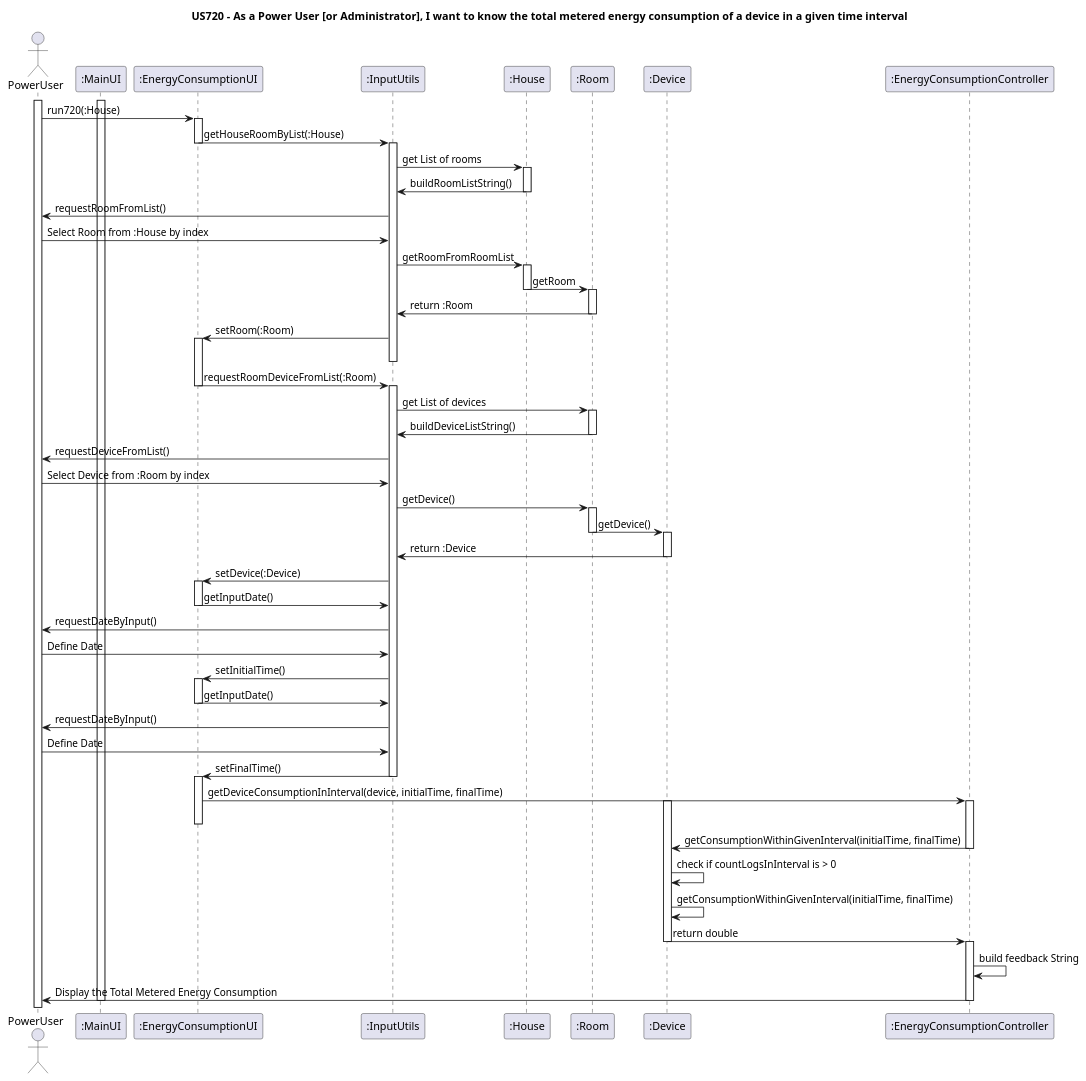
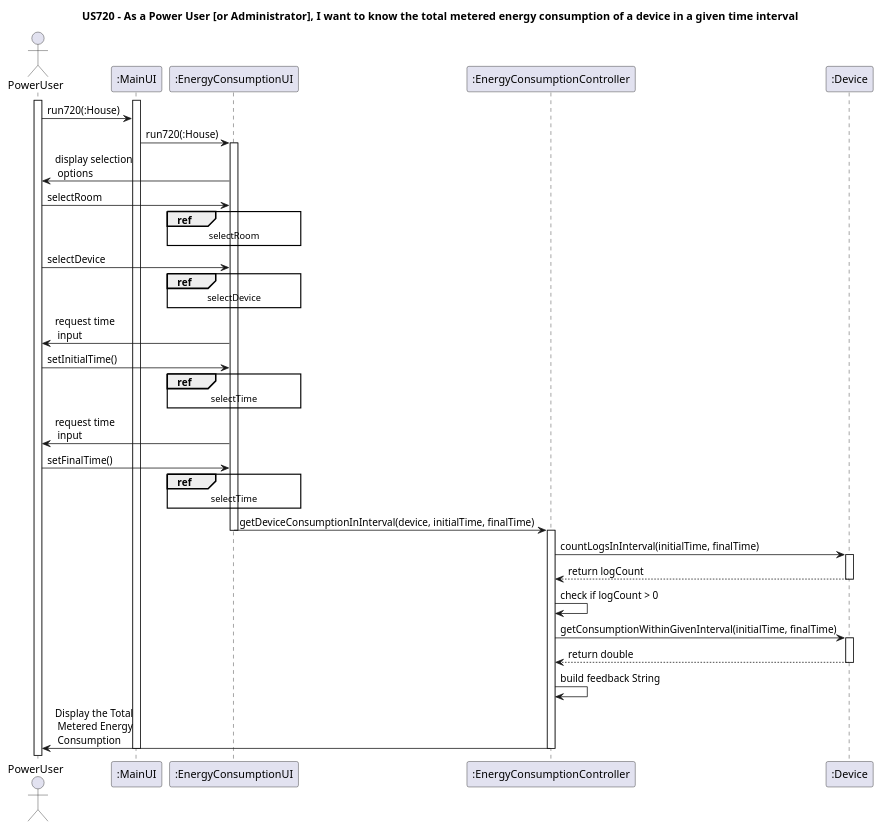
One commit to Almadanmp/project changed the diagram in uml/US720/US720.puml. Above: the diagram before and after it, drawn with PlantUML. The commit also changed 4 other files, not shown here.

Commit message:
REF #97 US720 UML done

```diff
--- a/uml/US720/US720.puml
+++ b/uml/US720/US720.puml
@@ -1,73 +1,45 @@
 @startuml
 title US720 - As a Power User [or Administrator], I want to know the total metered energy consumption of a device in a given time interval
 actor PowerUser
 activate PowerUser
 activate ":MainUI"
-PowerUser ->":EnergyConsumptionUI": run720(:House)
+PowerUser ->":MainUI": run720(:House)
+":MainUI" ->":EnergyConsumptionUI": run720(:House)
 activate ":EnergyConsumptionUI"
-":EnergyConsumptionUI" -> ":InputUtils": getHouseRoomByList(:House)
-deactivate ":EnergyConsumptionUI"
-activate ":InputUtils"
-":InputUtils" -> ":House": get List of rooms
-activate ":House"
-":House" -> ":InputUtils": buildRoomListString()
-deactivate ":House"
-":InputUtils" -> PowerUser: requestRoomFromList()
-PowerUser -> ":InputUtils": Select Room from :House by index
-":InputUtils" -> ":House": getRoomFromRoomList
-activate ":House"
-":House" -> ":Room": getRoom
-deactivate ":House"
-activate ":Room"
-":Room" -> ":InputUtils": return :Room
-deactivate ":Room"
-":InputUtils" -> ":EnergyConsumptionUI": setRoom(:Room)
-activate ":EnergyConsumptionUI"
-deactivate ":InputUtils"
-":EnergyConsumptionUI" -> ":InputUtils": requestRoomDeviceFromList(:Room)
-deactivate ":EnergyConsumptionUI"
-activate ":InputUtils"
-":InputUtils" -> ":Room": get List of devices
-activate ":Room"
-":Room" -> ":InputUtils": buildDeviceListString()
-deactivate ":Room"
-":InputUtils" -> PowerUser: requestDeviceFromList()
-PowerUser -> ":InputUtils": Select Device from :Room by index
-":InputUtils" -> ":Room": getDevice()
-activate ":Room"
-":Room" -> ":Device": getDevice()
-deactivate ":Room"
-activate ":Device"
-":Device" -> ":InputUtils": return :Device
-deactivate ":Device"
-":InputUtils" -> ":EnergyConsumptionUI": setDevice(:Device)
-activate ":EnergyConsumptionUI"
-":EnergyConsumptionUI" -> ":InputUtils": getInputDate()
-deactivate ":EnergyConsumptionUI"
-":InputUtils" -> PowerUser: requestDateByInput()
-PowerUser -> ":InputUtils": Define Date
-":InputUtils" -> ":EnergyConsumptionUI": setInitialTime()
-activate ":EnergyConsumptionUI"
-":EnergyConsumptionUI" -> ":InputUtils": getInputDate()
-deactivate ":EnergyConsumptionUI"
-":InputUtils" -> PowerUser: requestDateByInput()
-PowerUser -> ":InputUtils": Define Date
-":InputUtils" -> ":EnergyConsumptionUI": setFinalTime()
-deactivate ":InputUtils"
-activate ":EnergyConsumptionUI"
+":EnergyConsumptionUI" -> PowerUser: display selection \n options
+PowerUser -> ":EnergyConsumptionUI": selectRoom
+ref over ":EnergyConsumptionUI"
+selectRoom
+end ref
+PowerUser -> ":EnergyConsumptionUI": selectDevice
+ref over ":EnergyConsumptionUI"
+selectDevice
+end ref
+":EnergyConsumptionUI" -> PowerUser: request time \n input
+PowerUser -> ":EnergyConsumptionUI": setInitialTime()
+ref over ":EnergyConsumptionUI"
+selectTime
+end ref
+":EnergyConsumptionUI" -> PowerUser: request time \n input
+PowerUser -> ":EnergyConsumptionUI": setFinalTime()
+ref over ":EnergyConsumptionUI"
+selectTime
+end ref
 ":EnergyConsumptionUI" -> ":EnergyConsumptionController": getDeviceConsumptionInInterval(device, initialTime, finalTime)
-activate ":Device"
 deactivate ":EnergyConsumptionUI"
 activate ":EnergyConsumptionController"
+deactivate ":EnergyConsumptionController"
+":EnergyConsumptionController" -> ":Device": countLogsInInterval(initialTime, finalTime)
+activate ":Device"
+":Device" --> ":EnergyConsumptionController": return logCount
+deactivate ":Device"
+":EnergyConsumptionController" -> ":EnergyConsumptionController": check if logCount > 0
 ":EnergyConsumptionController" -> ":Device": getConsumptionWithinGivenInterval(initialTime, finalTime)
-deactivate ":EnergyConsumptionController"
-":Device" -> ":Device": check if countLogsInInterval is > 0
-":Device" -> ":Device": getConsumptionWithinGivenInterval(initialTime, finalTime)
-":Device" -> ":EnergyConsumptionController": return double
+activate ":Device"
+":Device" --> ":EnergyConsumptionController": return double
 deactivate ":Device"
-activate ":EnergyConsumptionController"
 ":EnergyConsumptionController" -> ":EnergyConsumptionController": build feedback String
-":EnergyConsumptionController" -> PowerUser: Display the Total Metered Energy Consumption
+":EnergyConsumptionController" -> PowerUser: Display the Total\n Metered Energy \n Consumption
 deactivate ":EnergyConsumptionController"
 deactivate ":MainUI"
 @enduml
```
